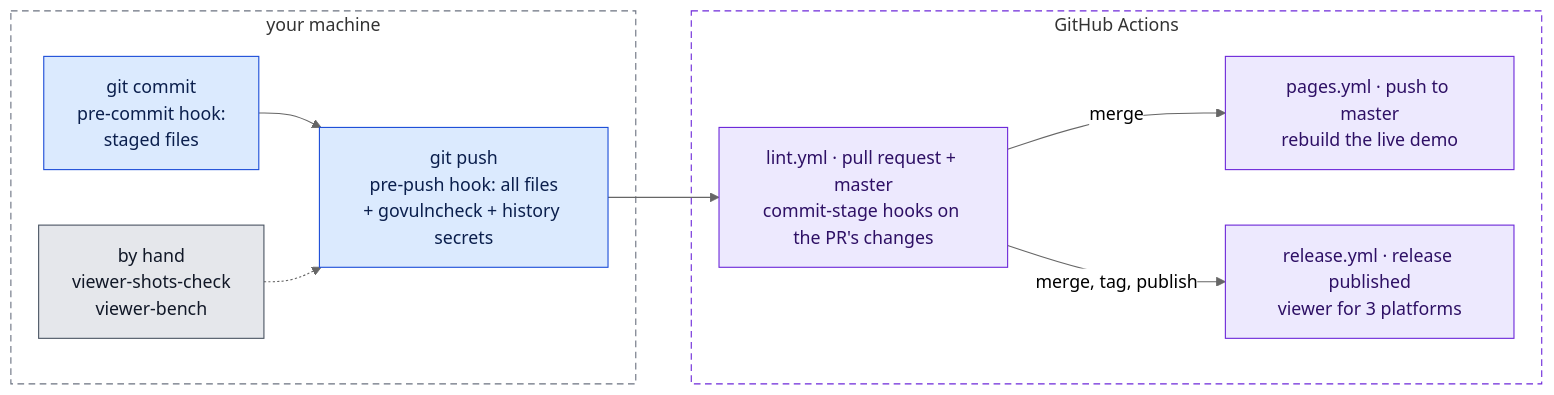
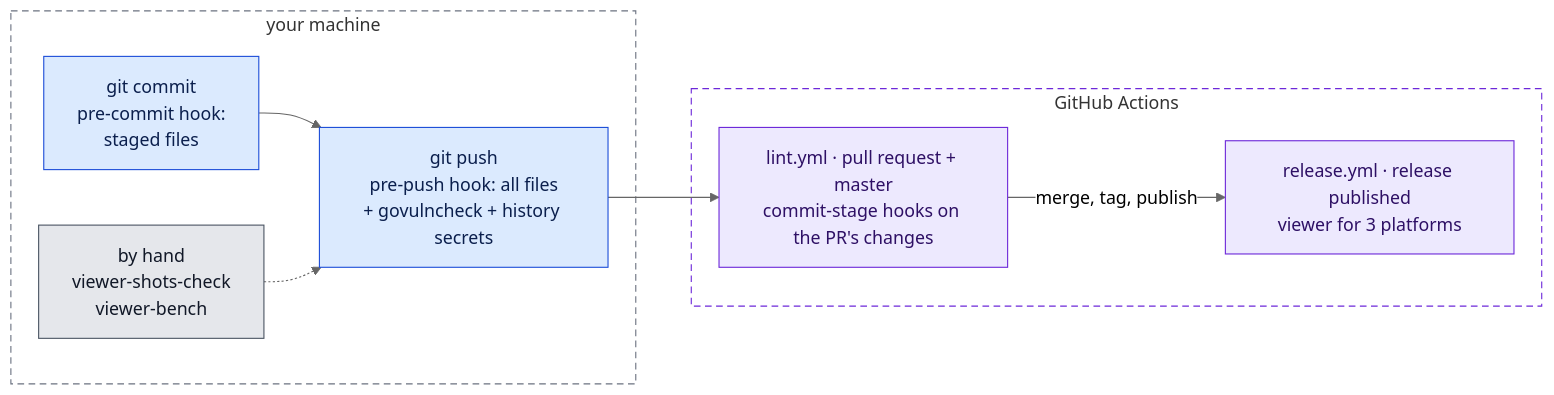
Before and after one commit to Avicted/tools.pipeline-graph: the eighth of 10 diagrams in docs/architecture.md, drawn with Mermaid (neutral theme). The commit also changed other lines of this file and 3 other files, not shown here.

First line of the commit message:
ci: remove the GitHub Pages demo

````diff
--- a/docs/architecture.md
+++ b/docs/architecture.md
@@ -306,26 +304,24 @@
 ```mermaid
 flowchart LR
     subgraph local["your machine"]
         commit["git commit<br/>pre-commit hook:<br/>staged files"]
         push["git push<br/>pre-push hook: all files<br/>+ govulncheck + history secrets"]
         manual["by hand<br/>viewer-shots-check<br/>viewer-bench"]
     end
     subgraph ci["GitHub Actions"]
         pr["lint.yml · pull request + master<br/>commit-stage hooks on the PR's changes"]
-        pg["pages.yml · push to master<br/>rebuild the live demo"]
         rl["release.yml · release published<br/>viewer for 3 platforms"]
     end
     commit --> push --> pr
-    pr -- "merge" --> pg
     pr -- "merge, tag, publish" --> rl
     manual -.-> push
 
     classDef go fill:#dbeafe,stroke:#1d4ed8,color:#0b1f4d
     classDef hosted fill:#ede9fe,stroke:#6d28d9,color:#2e1065
     classDef output fill:#e5e7eb,stroke:#4b5563,color:#111827
     class commit,push go
     class manual output
-    class pr,pg,rl hosted
+    class pr,rl hosted
     style local fill:none,stroke:#6b7280,stroke-dasharray:6 4
     style ci fill:none,stroke:#6d28d9,stroke-dasharray:6 4
 ```
````
